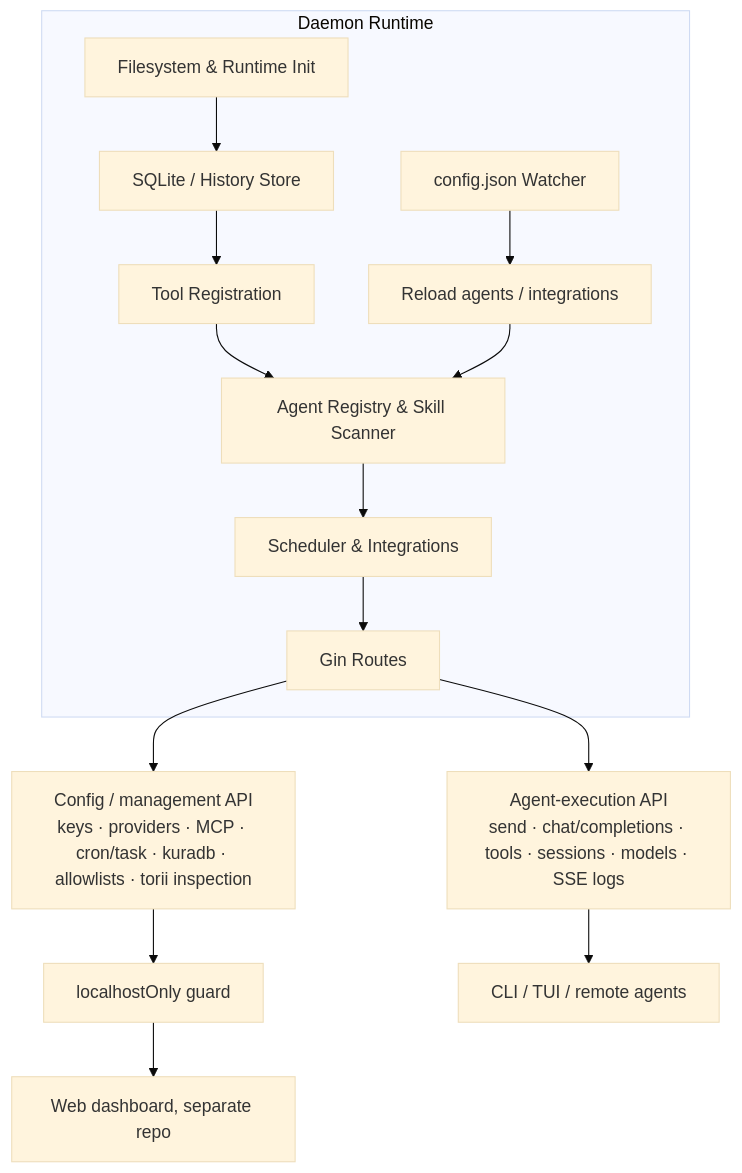
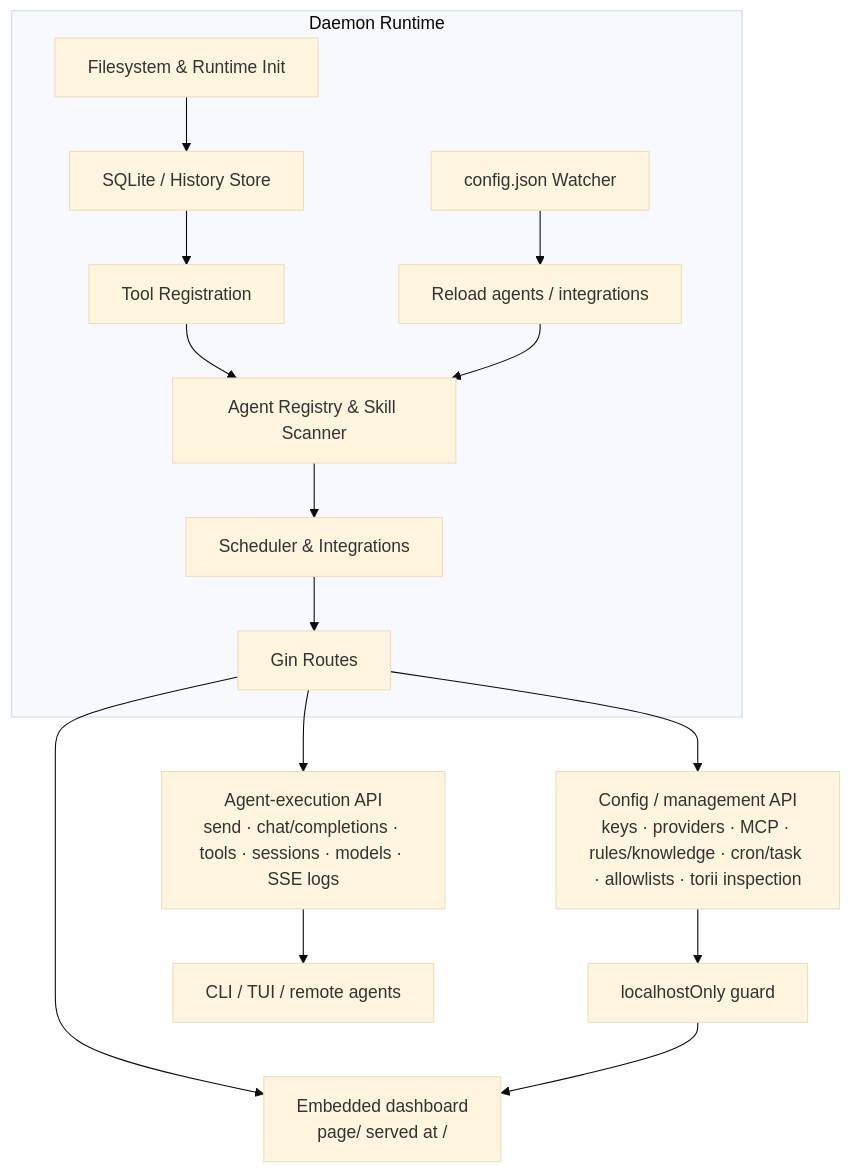
The fourth of 12 diagrams in doc/architecture.md (agenvoy/Agenvoy), drawn with Mermaid (base theme) before and after one commit. The commit also changed other lines of this file and 3 other files, not shown here.

Commit message:
doc: Update architecture and API documentation

````diff
--- a/doc/architecture.md
+++ b/doc/architecture.md
@@ -75,17 +71,18 @@
 ```mermaid
 graph TB
     subgraph Daemon[Daemon Runtime]
         Init[Filesystem & Runtime Init] --> Storage[SQLite / History Store]
         Storage --> ToolInit[Tool Registration]
         ToolInit --> AgentInit[Agent Registry & Skill Scanner]
         AgentInit --> Services[Scheduler & Integrations]
         Services --> Routes[Gin Routes]
         Config[config.json Watcher] --> Reload[Reload agents / integrations]
         Reload --> AgentInit
     end
     Routes --> ExecAPI[Agent-execution API<br/>send · chat/completions · tools · sessions · models · SSE logs]
-    Routes --> ConfigAPI[Config / management API<br/>keys · providers · MCP · cron/task · kuradb · allowlists · torii inspection]
+    Routes --> ConfigAPI[Config / management API<br/>keys · providers · MCP · rules/knowledge · cron/task · allowlists · torii inspection]
+    Routes --> Page[Embedded dashboard<br/>page/ served at /]
     ConfigAPI --> LocalGuard[localhostOnly guard]
     ExecAPI --> Client[CLI / TUI / remote agents]
-    LocalGuard --> Dashboard[Web dashboard, separate repo]
+    LocalGuard --> Page
 ```
````
